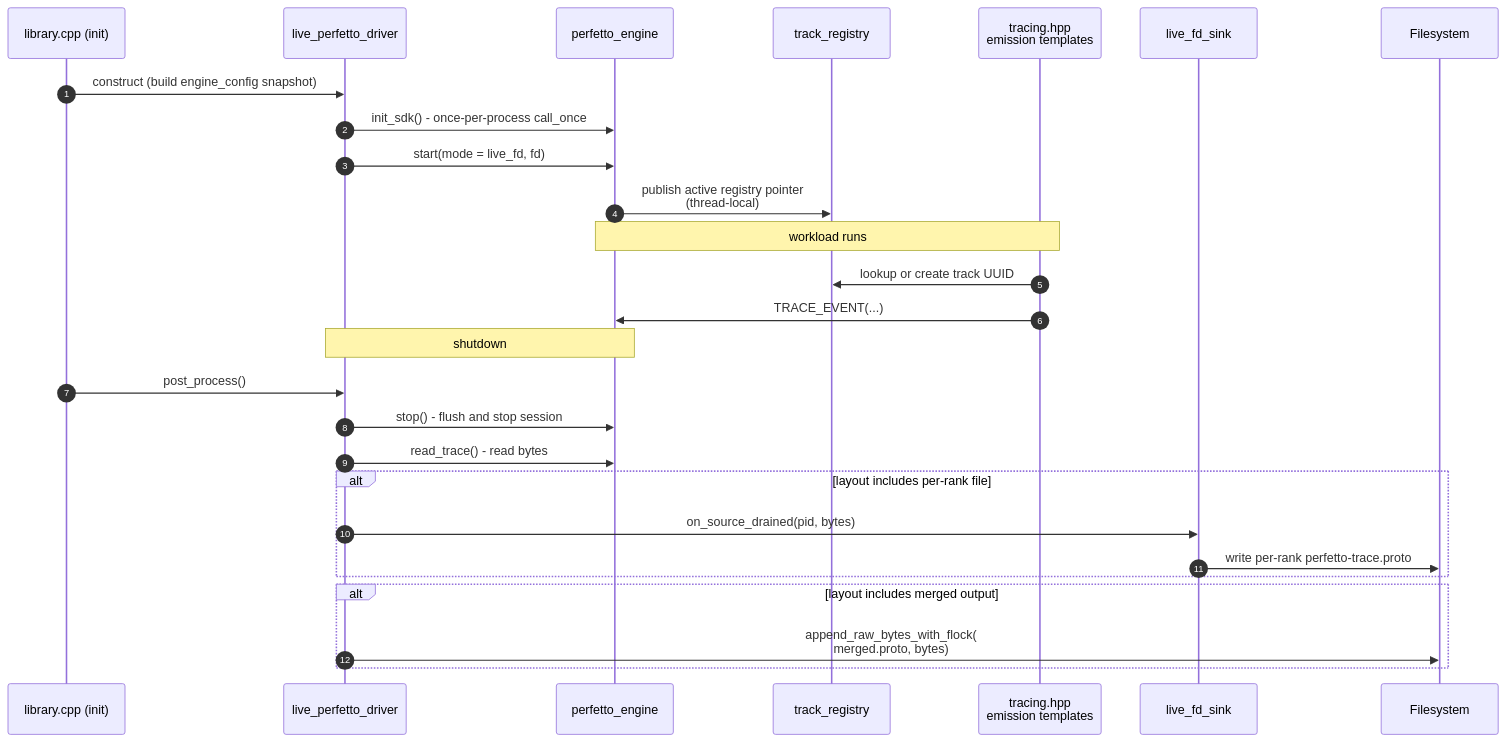
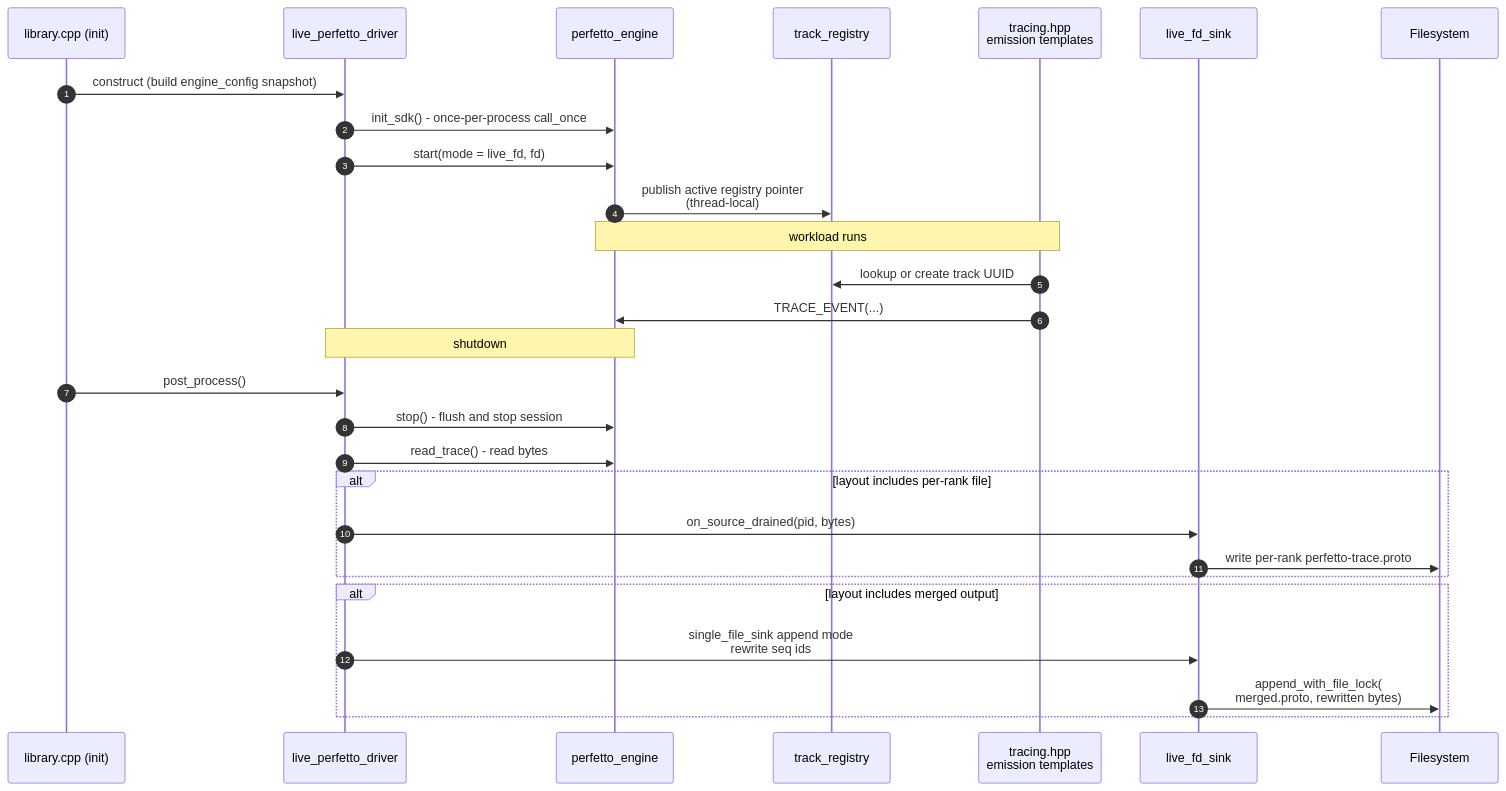
Before and after one commit to ROCm/rocm-systems: the fourth of 8 diagrams in projects/rocprofiler-systems/docs/conceptual/perfetto-output-architecture.md, drawn with Mermaid. The commit also changed other lines of this file and 42 other files, not shown here.

````diff
--- a/projects/rocprofiler-systems/docs/conceptual/perfetto-output-architecture.md
+++ b/projects/rocprofiler-systems/docs/conceptual/perfetto-output-architecture.md
@@ -308,30 +309,31 @@
 ```mermaid
 sequenceDiagram
     autonumber
     participant lib as library.cpp (init)
     participant drv as live_perfetto_driver
     participant eng as perfetto_engine
     participant reg as track_registry
     participant emit as tracing.hpp<br/>emission templates
     participant sink as live_fd_sink
     participant fs as Filesystem
 
     lib->>drv: construct (build engine_config snapshot)
     drv->>eng: init_sdk() - once-per-process call_once
     drv->>eng: start(mode = live_fd, fd)
     eng->>reg: publish active registry pointer<br/>(thread-local)
     Note over emit,eng: workload runs
     emit->>reg: lookup or create track UUID
     emit->>eng: TRACE_EVENT(...)
     Note over drv,eng: shutdown
     lib->>drv: post_process()
     drv->>eng: stop() - flush and stop session
     drv->>eng: read_trace() - read bytes
     alt layout includes per-rank file
         drv->>sink: on_source_drained(pid, bytes)
         sink->>fs: write per-rank perfetto-trace.proto
     end
     alt layout includes merged output
-        drv->>fs: append_raw_bytes_with_flock(<br/>merged.proto, bytes)
+        drv->>sink: single_file_sink append mode<br/>rewrite seq ids
+        sink->>fs: append_with_file_lock(<br/>merged.proto, rewritten bytes)
     end
 ```
````
